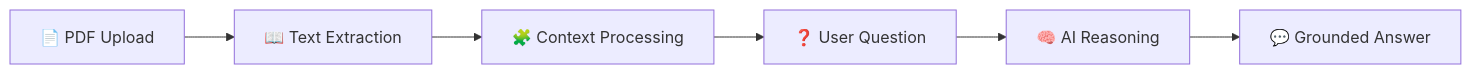
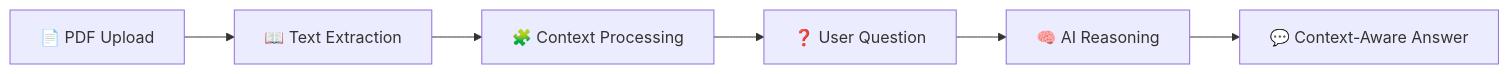
The first of 4 diagrams in README.md (Priyanshu710-ui/-AI-Powered-PDF-Q-A-Tool), drawn with Mermaid before and after one commit. The commit also changed other lines of this file, not shown here.

Commit message:
Replace diagram-only README with full PDF Q&A documentation

````diff
--- a/README.md
+++ b/README.md
@@ -9,8 +30,8 @@
 ```mermaid
 flowchart LR
     A[📄 PDF Upload] --> B[📖 Text Extraction]
     B --> C[🧩 Context Processing]
     C --> D[❓ User Question]
     D --> E[🧠 AI Reasoning]
-    E --> F[💬 Grounded Answer]
+    E --> F[💬 Context-Aware Answer]
 ```
````
